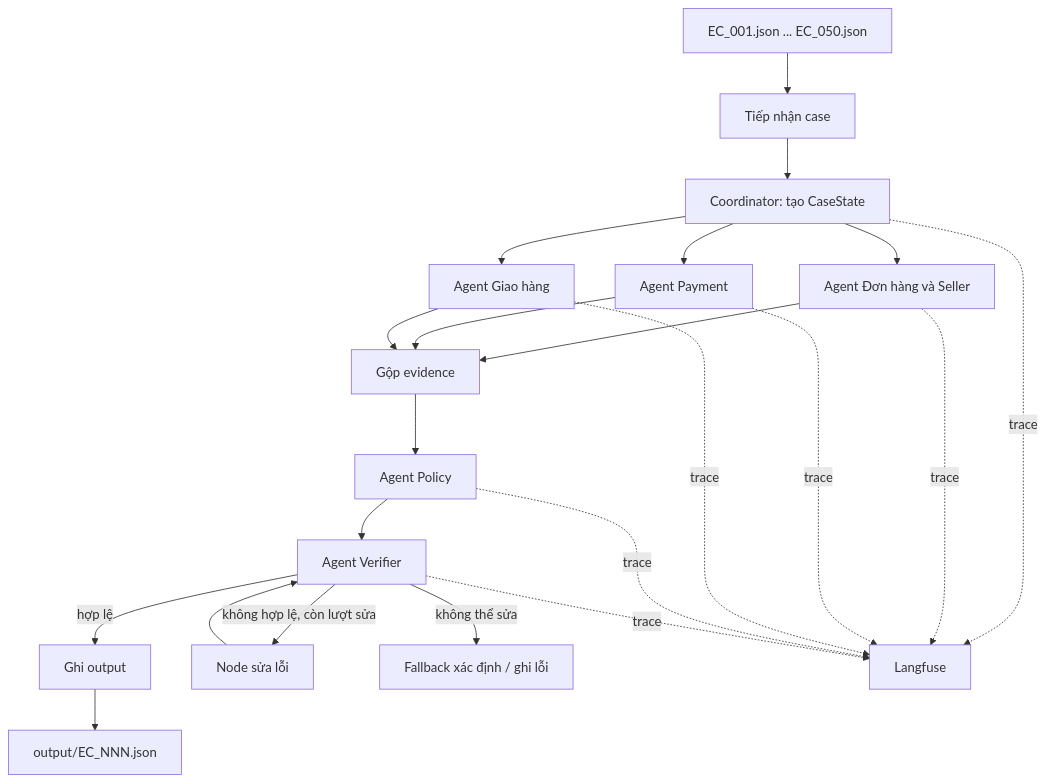
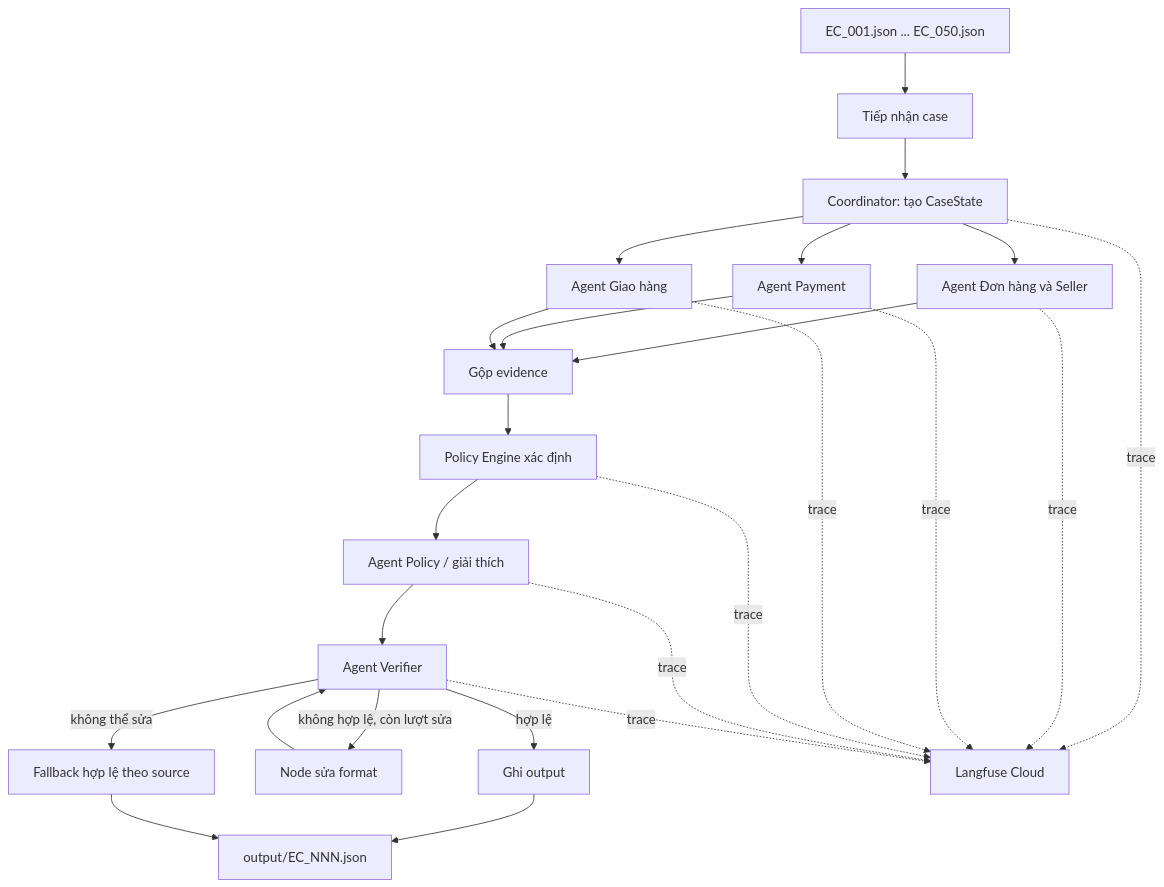
The second of 2 diagrams in architecture.md (sury2k4/K3-Day9-Multi-Agent-A2A-Genius), drawn with Mermaid before and after one commit. The commit also changed other lines of this file, not shown here.

Commit message:
Complete architecture

````diff
--- a/architecture.md
+++ b/architecture.md
@@ -111,24 +117,27 @@
 ```mermaid
 flowchart TD
     A[EC_001.json ... EC_050.json] --> B[Tiếp nhận case]
     B --> C[Coordinator: tạo CaseState]
     C --> D1[Agent Đơn hàng và Seller]
     C --> D2[Agent Payment]
     C --> D3[Agent Giao hàng]
     D1 --> E[Gộp evidence]
     D2 --> E
     D3 --> E
-    E --> F[Agent Policy]
-    F --> G[Agent Verifier]
-    G -->|hợp lệ| H[Ghi output]
-    G -->|không hợp lệ, còn lượt sửa| I[Node sửa lỗi]
-    I --> G
-    G -->|không thể sửa| J[Fallback xác định / ghi lỗi]
-    H --> K[output/EC_NNN.json]
-    C -. trace .-> L[Langfuse]
-    D1 -. trace .-> L
-    D2 -. trace .-> L
-    D3 -. trace .-> L
-    F -. trace .-> L
-    G -. trace .-> L
+    E --> F[Policy Engine xác định]
+    F --> G[Agent Policy / giải thích]
+    G --> H[Agent Verifier]
+    H -->|hợp lệ| I[Ghi output]
+    H -->|không hợp lệ, còn lượt sửa| J[Node sửa format]
+    J --> H
+    H -->|không thể sửa| K[Fallback hợp lệ theo source]
+    I --> L[output/EC_NNN.json]
+    K --> L
+    C -. trace .-> M[Langfuse Cloud]
+    D1 -. trace .-> M
+    D2 -. trace .-> M
+    D3 -. trace .-> M
+    F -. trace .-> M
+    G -. trace .-> M
+    H -. trace .-> M
 ```
````
